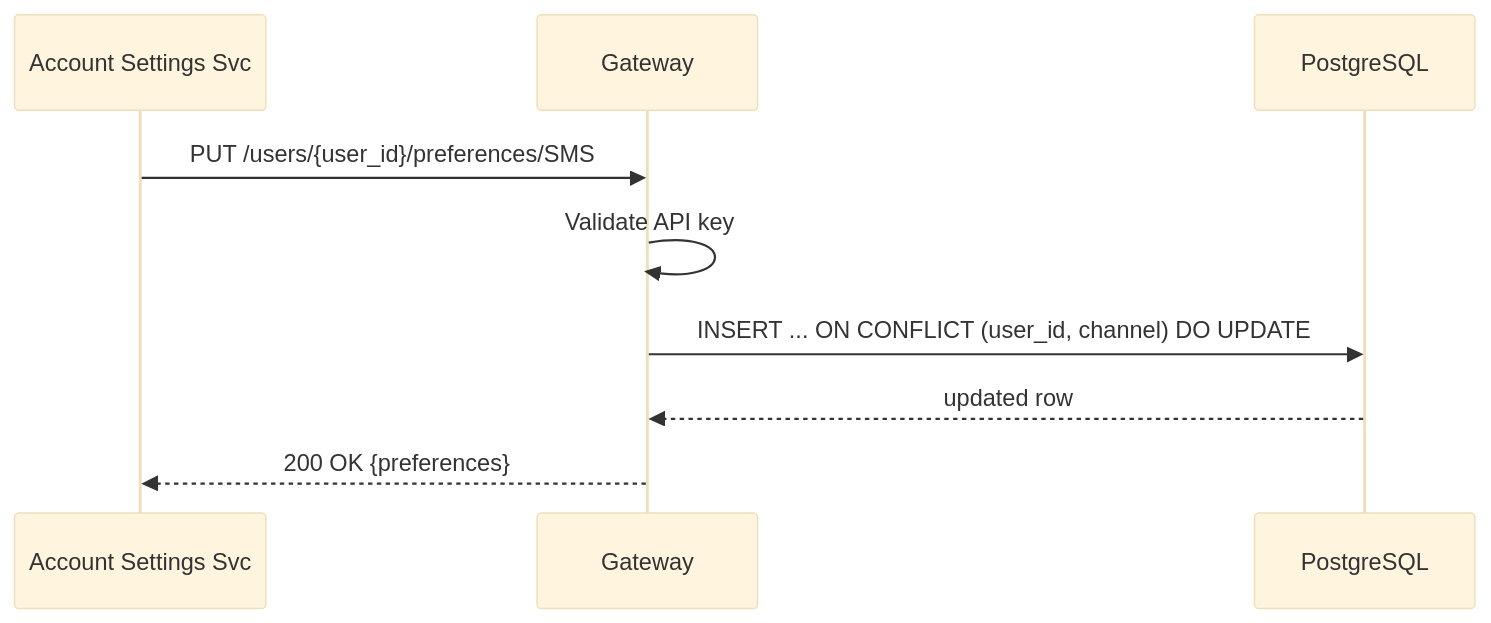
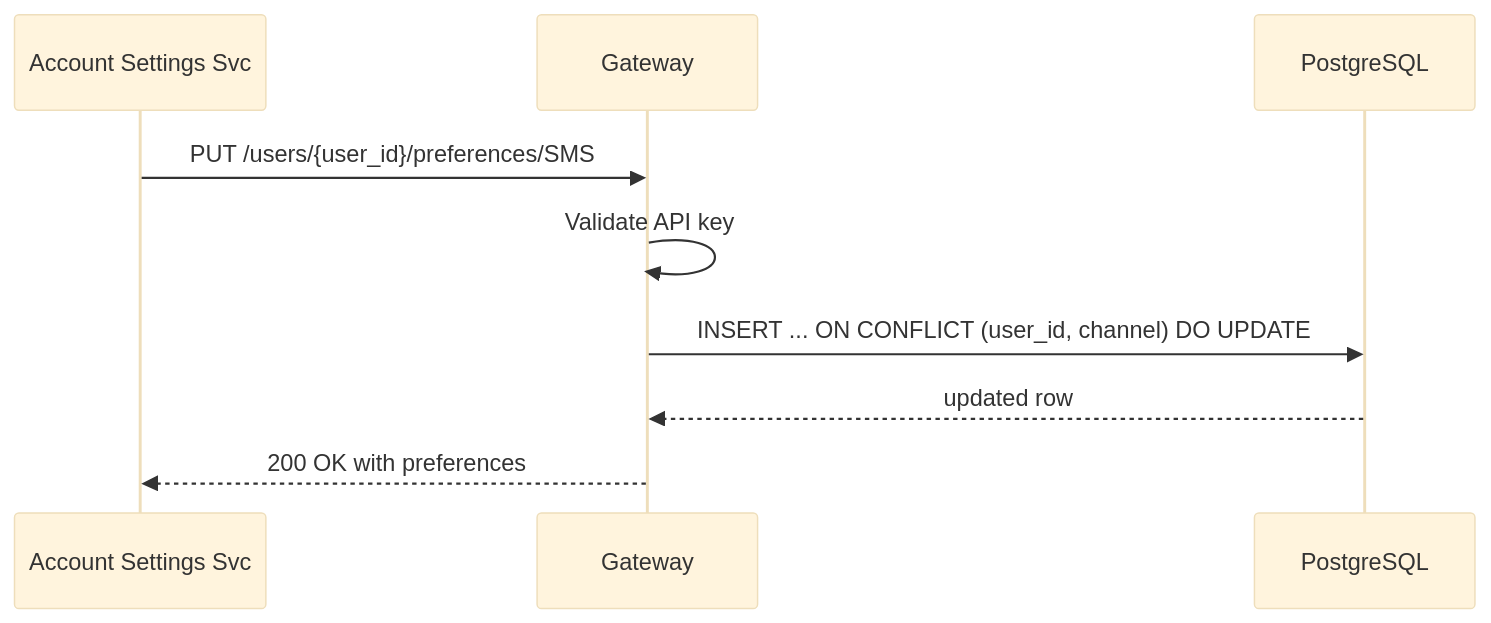
One commit to bindian0509/system-design changed the third of 4 diagrams in notification-service/design/api-contracts.md. Above: the diagram before and after it, drawn with Mermaid (base theme). The commit also changed other lines of this file and 9 other files, not shown here.

Commit message:
fixing mermaid

````diff
--- a/notification-service/design/api-contracts.md
+++ b/notification-service/design/api-contracts.md
@@ -218,12 +218,12 @@
 ```mermaid
 sequenceDiagram
     participant UISvc as Account Settings Svc
     participant GW as Gateway
     participant PG as PostgreSQL
 
     UISvc->>GW: PUT /users/{user_id}/preferences/SMS
     GW->>GW: Validate API key
     GW->>PG: INSERT ... ON CONFLICT (user_id, channel) DO UPDATE
     PG-->>GW: updated row
-    GW-->>UISvc: 200 OK {preferences}
+    GW-->>UISvc: 200 OK with preferences
 ```
````
